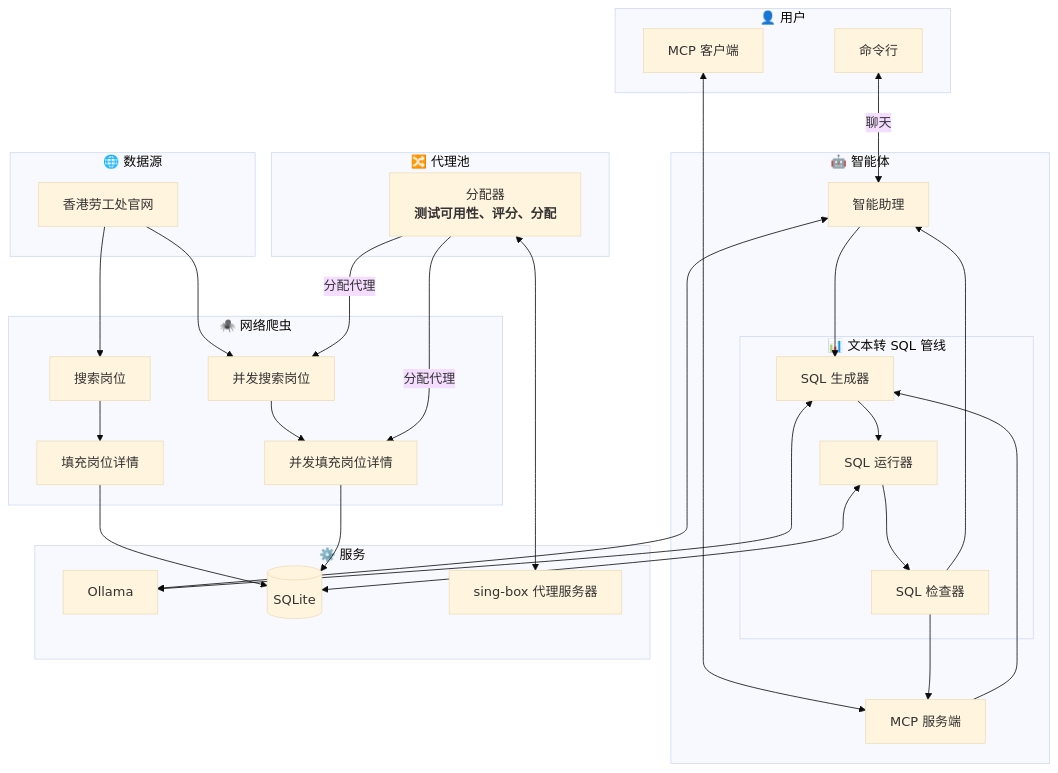
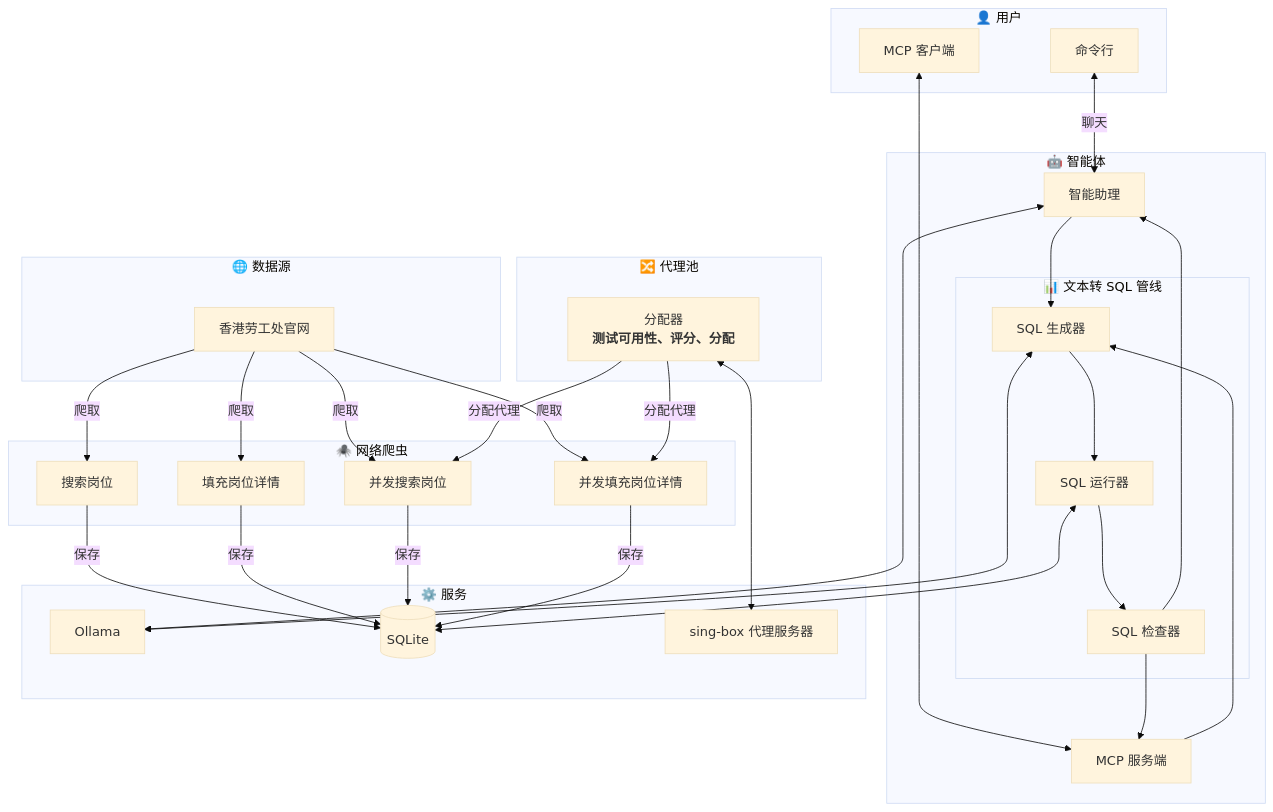
One commit to JJ-Jacko/jobs_hk changed the diagram in README_zh_cn.md. Above: the diagram before and after it, drawn with Mermaid (base theme). The commit also changed 2 other files, not shown here.

Commit message:
refactor(README.Sturcture): 4 types web scraper.

````diff
--- a/README_zh_cn.md
+++ b/README_zh_cn.md
@@ -51,70 +51,71 @@
 ```mermaid
 flowchart
     subgraph User["👤 用户"]
         CLI[命令行]
         MCP_CLIENT[MCP 客户端]
     end
 
     subgraph Scraper["🕷️ 网络爬虫"]
         search_job[搜索岗位]
+        fill_job[填充岗位详情]
         search_job_mt[并发搜索岗位]
-        fill_job[填充岗位详情]
         fill_job_mt[并发填充岗位详情]
     end
 
     subgraph ProxyPool["🔀 代理池"]
         assigner[分配器<br><strong>测试可用性、评分、分配<strong/>]
     end
 
     subgraph SQL_pipline["📊 文本转 SQL 管线"]
         SQL_generator[SQL 生成器]
         SQL_runner[SQL 运行器]
         SQL_checker[SQL 检查器]
     end
 
     subgraph AI["🤖 智能体"]
         assistant[智能助理]
         MCP_server[MCP 服务端]
         SQL_pipline
     end
 
     subgraph Service["⚙️ 服务"]
         Ollama[Ollama]
         SQLite[(SQLite)]
         proxy_server["sing-box 代理服务器"]
     end
 
     subgraph DataSource["🌐 数据源"]
         web_src[香港劳工处官网]
     end
 
     CLI <-->|聊天| assistant
     MCP_CLIENT <--> MCP_server
 
     assistant <--> Ollama
     assistant --> SQL_generator
 
     MCP_server --> SQL_generator
 
     SQL_generator --> SQL_runner
     SQL_generator <--> Ollama
 
     SQL_runner --> SQL_checker
     SQL_runner <--> SQLite
 
     SQL_checker --> assistant
     SQL_checker --> MCP_server
 
-    web_src --> search_job
-    web_src --> search_job_mt
+    web_src -->|爬取| search_job
+    web_src -->|爬取| fill_job
+    web_src -->|爬取| search_job_mt
+    web_src -->|爬取| fill_job_mt
 
-    search_job --> fill_job
-    search_job_mt --> fill_job_mt
-
-    fill_job --> SQLite
-    fill_job_mt --> SQLite
+    search_job -->|保存| SQLite
+    fill_job -->|保存| SQLite
+    search_job_mt -->|保存| SQLite
+    fill_job_mt -->|保存| SQLite
 
     assigner -->|分配代理| search_job_mt
     assigner -->|分配代理| fill_job_mt
     assigner <--> proxy_server
 ```
````
